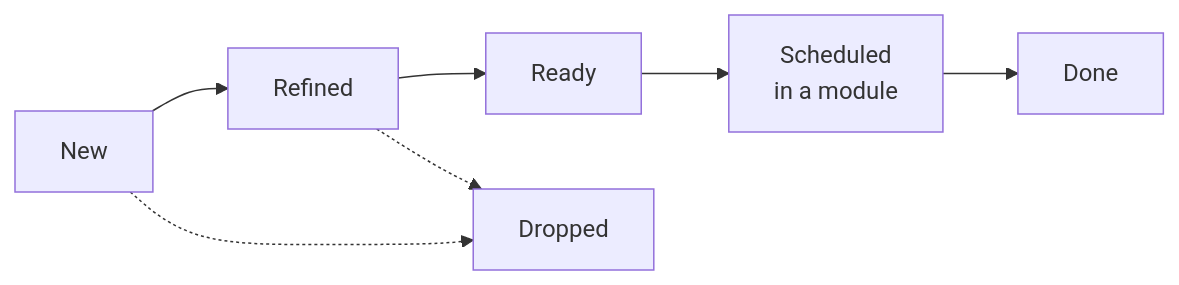
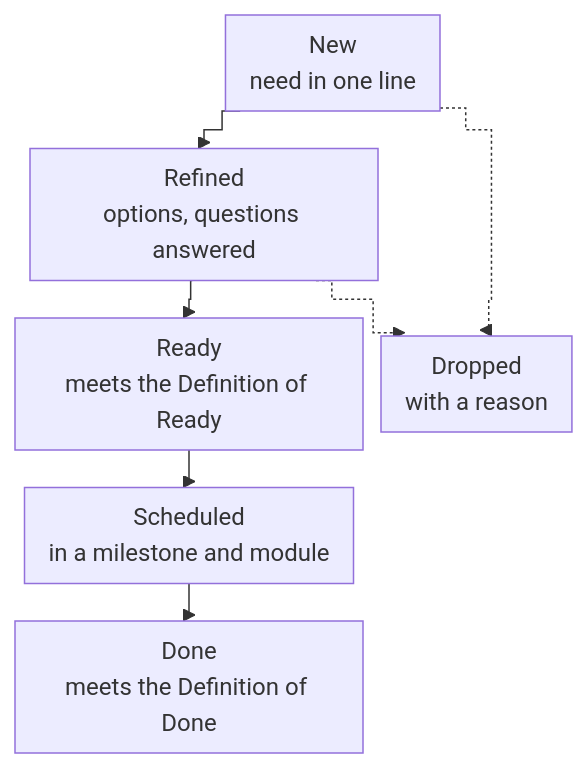
Before and after one commit to quocnguyen13/second-brain: the diagram in mine/projects/thinking-system/22 Product Backlog.md, drawn with Mermaid. The commit also changed other lines of this file and 32 other files, not shown here.

````diff
--- a/mine/projects/thinking-system/22 Product Backlog.md
+++ b/mine/projects/thinking-system/22 Product Backlog.md
@@ -20,6 +20,10 @@
 ```mermaid
-flowchart LR
-    N[New] --> R[Refined] --> Y[Ready] --> S[Scheduled<br/>in a module] --> D[Done]
-    N -.-> X[Dropped]
+%%{init: {"flowchart": {"curve": "step", "useMaxWidth": true, "nodeSpacing": 12, "rankSpacing": 25, "padding": 8, "subGraphTitleMargin": {"top": 4, "bottom": 8}}}}%%
+flowchart TD
+    N["New<br/>need in one line"] --> R["Refined<br/>options, questions answered"]
+    R --> Y["Ready<br/>meets the Definition of Ready"]
+    Y --> S["Scheduled<br/>in a milestone and module"]
+    S --> D["Done<br/>meets the Definition of Done"]
+    N -.-> X["Dropped<br/>with a reason"]
     R -.-> X
 ```
````
